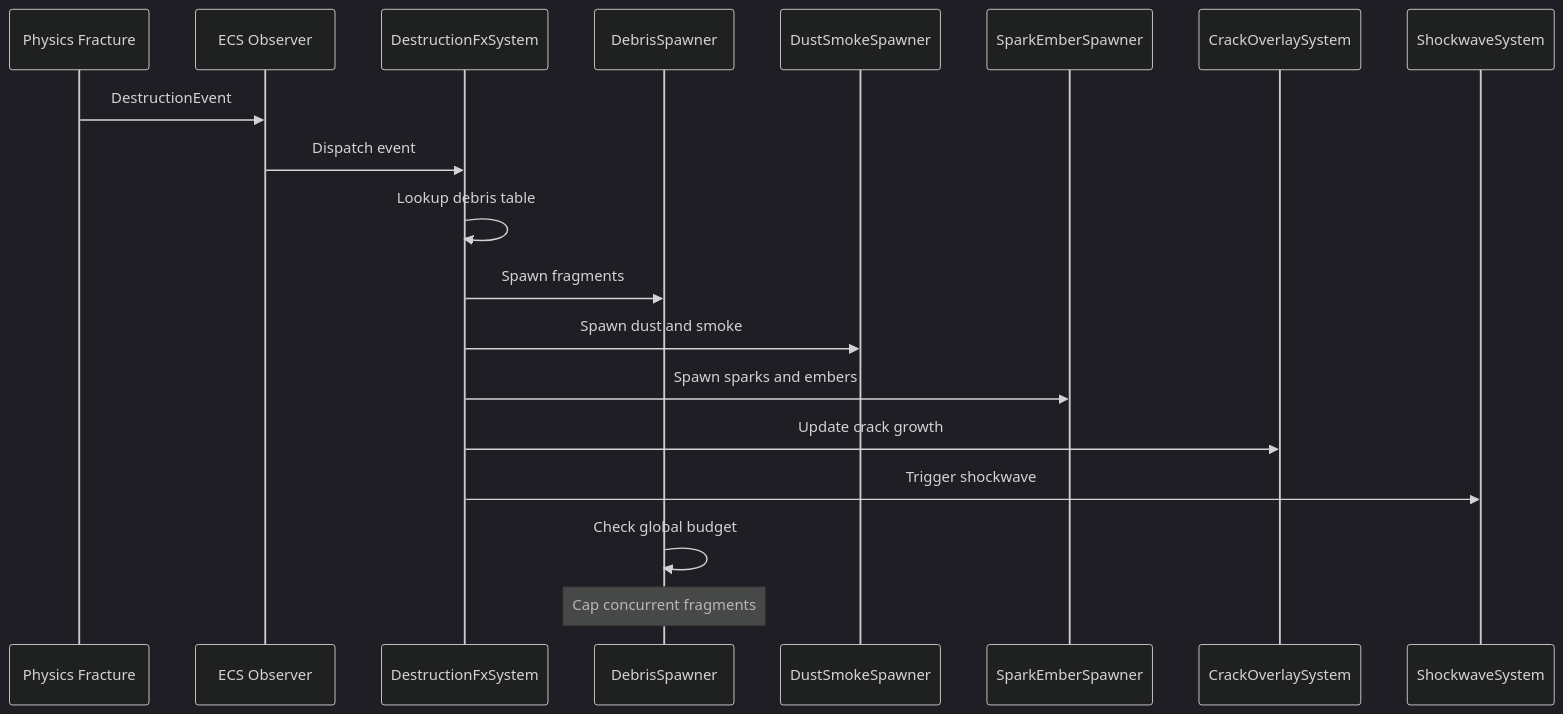
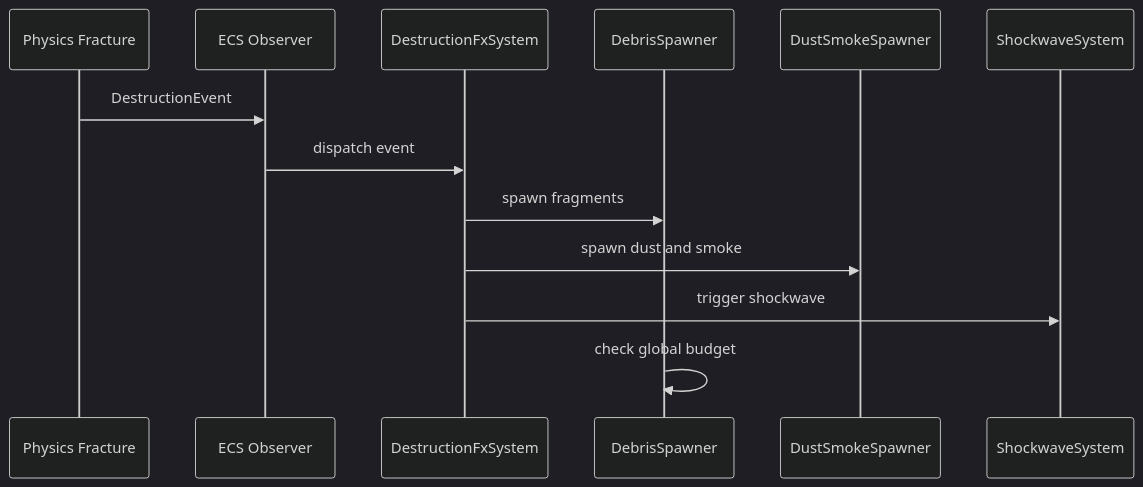
The fifth of 6 diagrams in docs/design/vfx/effects.md (harmonius-dev/harmonius), drawn with Mermaid (dark theme) before and after one commit. The commit also changed other lines of this file and 229 other files, not shown here.

````diff
--- a/docs/design/vfx/effects.md
+++ b/docs/design/vfx/effects.md
@@ -344,22 +421,16 @@
 ```mermaid
 sequenceDiagram
     participant PH as Physics Fracture
     participant OB as ECS Observer
     participant DX as DestructionFxSystem
     participant DB as DebrisSpawner
     participant DU as DustSmokeSpawner
-    participant SK as SparkEmberSpawner
-    participant CR as CrackOverlaySystem
     participant SW as ShockwaveSystem
 
     PH->>OB: DestructionEvent
-    OB->>DX: Dispatch event
-    DX->>DX: Lookup debris table
-    DX->>DB: Spawn fragments
-    DX->>DU: Spawn dust and smoke
-    DX->>SK: Spawn sparks and embers
-    DX->>CR: Update crack growth
-    DX->>SW: Trigger shockwave
-    DB->>DB: Check global budget
-    Note over DB: Cap concurrent fragments
+    OB->>DX: dispatch event
+    DX->>DB: spawn fragments
+    DX->>DU: spawn dust and smoke
+    DX->>SW: trigger shockwave
+    DB->>DB: check global budget
 ```
````
